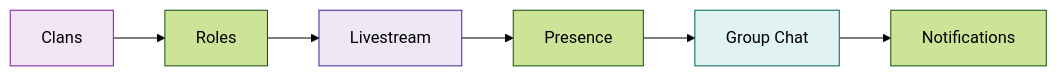
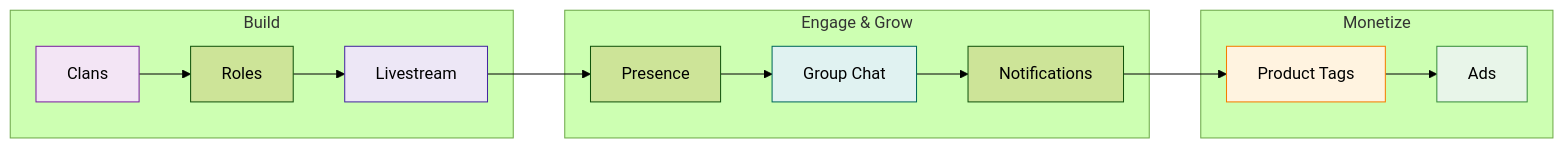
One commit to AmityCo/social-plus-docs changed the third of 8 diagrams in use-cases/choose-your-path.mdx. Above: the diagram before and after it, drawn with Mermaid (forest theme). The commit also changed other lines of this file and 6 other files, not shown here.

````diff
--- a/use-cases/choose-your-path.mdx
+++ b/use-cases/choose-your-path.mdx
@@ -175,12 +249,22 @@
 ```mermaid
 graph LR
-    A["Clans"] --> B["Roles"]
-    B --> C["Livestream"]
-    C --> D["Presence"]
-    D --> E["Group Chat"]
-    E --> F["Notifications"]
+    subgraph Build
+        A["Clans"] --> B["Roles"]
+        B --> C["Livestream"]
+    end
+    subgraph Engage & Grow
+        D["Presence"] --> E["Group Chat"]
+        E --> F["Notifications"]
+    end
+    subgraph Monetize
+        G["Product Tags"] --> H["Ads"]
+    end
+    C --> D
+    F --> G
 
     style A fill:#f3e5f5,stroke:#7b1fa2
     style C fill:#ede7f6,stroke:#4527a0
     style E fill:#e0f2f1,stroke:#00695c
+    style G fill:#fff3e0,stroke:#f57c00
+    style H fill:#e8f5e9,stroke:#388e3c
 ```
````
